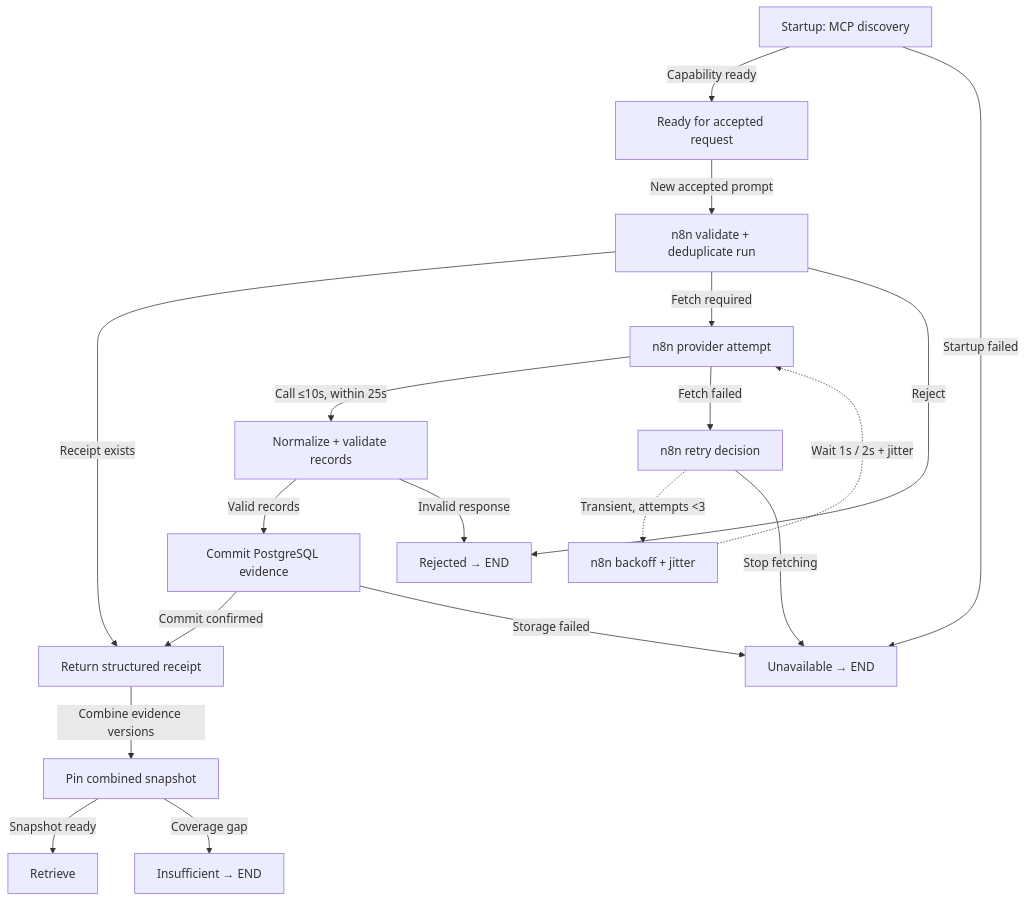
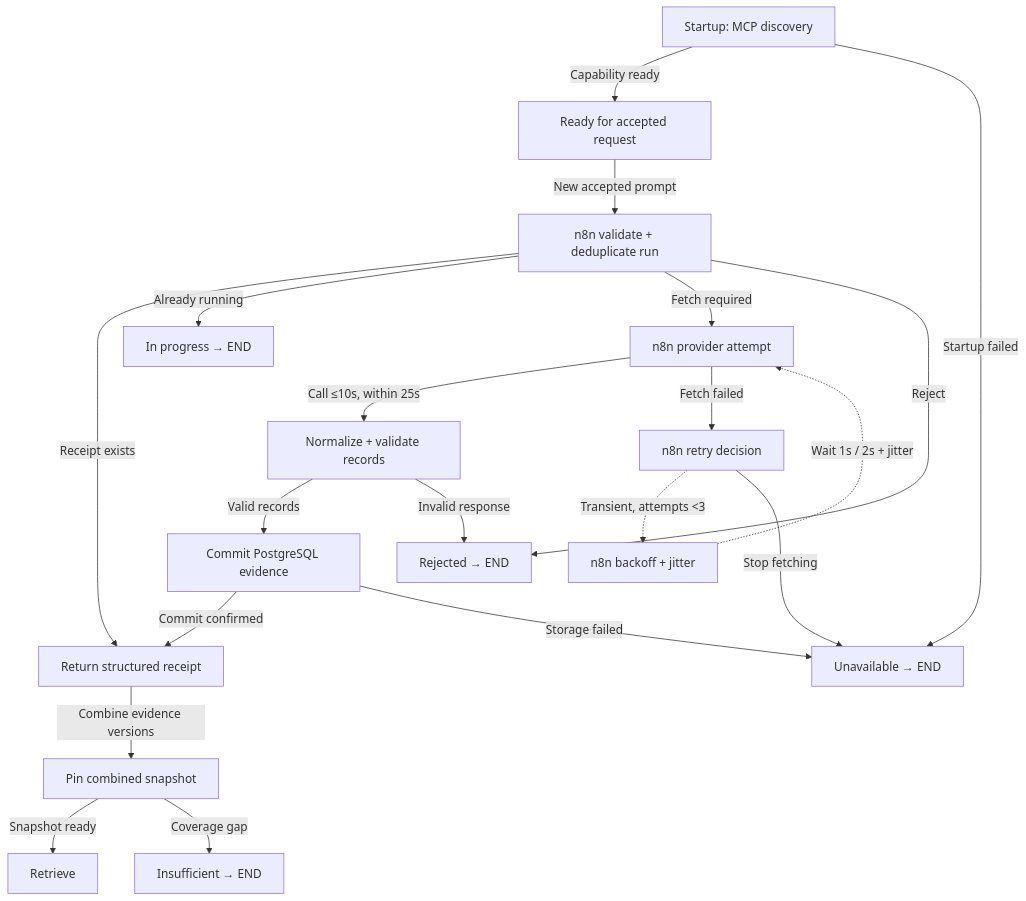
One commit to ByronHo68/ai-learning-academy changed the diagram in public/downloads/finance-diagrams/sources-en.mmd. Above: the diagram before and after it, drawn with Mermaid. The commit also changed 32 other files, not shown here.

```diff
--- a/public/downloads/finance-diagrams/sources-en.mmd
+++ b/public/downloads/finance-diagrams/sources-en.mmd
@@ -1,33 +1,35 @@
 flowchart TD
   n0["Startup: MCP discovery"]
   n1["Ready for accepted request"]
   n2["Unavailable → END"]
   n3["n8n validate + deduplicate run"]
   n4["Return structured receipt"]
-  n5["n8n provider attempt"]
-  n6["Rejected → END"]
-  n7["Normalize + validate records"]
-  n8["n8n retry decision"]
-  n9["n8n backoff + jitter"]
-  n10["Commit PostgreSQL evidence"]
-  n11["Pin combined snapshot"]
-  n12["Retrieve"]
-  n13["Insufficient → END"]
+  n5["In progress → END"]
+  n6["n8n provider attempt"]
+  n7["Rejected → END"]
+  n8["Normalize + validate records"]
+  n9["n8n retry decision"]
+  n10["n8n backoff + jitter"]
+  n11["Commit PostgreSQL evidence"]
+  n12["Pin combined snapshot"]
+  n13["Retrieve"]
+  n14["Insufficient → END"]
   n0 -- "Capability ready" --> n1
   n0 -- "Startup failed" --> n2
   n1 -- "New accepted prompt" --> n3
   n3 -- "Receipt exists" --> n4
-  n3 -- "Fetch required" --> n5
-  n3 -- "Reject" --> n6
-  n5 -- "Call ≤10s, within 25s" --> n7
-  n5 -- "Fetch failed" --> n8
-  n8 -. "Transient, attempts <3" .-> n9
-  n9 -. "Wait 1s / 2s + jitter" .-> n5
-  n8 -- "Stop fetching" --> n2
-  n7 -- "Valid records" --> n10
-  n7 -- "Invalid response" --> n6
-  n10 -- "Commit confirmed" --> n4
-  n10 -- "Storage failed" --> n2
-  n4 -- "Combine evidence versions" --> n11
-  n11 -- "Snapshot ready" --> n12
-  n11 -- "Coverage gap" --> n13
+  n3 -- "Already running" --> n5
+  n3 -- "Fetch required" --> n6
+  n3 -- "Reject" --> n7
+  n6 -- "Call ≤10s, within 25s" --> n8
+  n6 -- "Fetch failed" --> n9
+  n9 -. "Transient, attempts <3" .-> n10
+  n10 -. "Wait 1s / 2s + jitter" .-> n6
+  n9 -- "Stop fetching" --> n2
+  n8 -- "Valid records" --> n11
+  n8 -- "Invalid response" --> n7
+  n11 -- "Commit confirmed" --> n4
+  n11 -- "Storage failed" --> n2
+  n4 -- "Combine evidence versions" --> n12
+  n12 -- "Snapshot ready" --> n13
+  n12 -- "Coverage gap" --> n14
```
